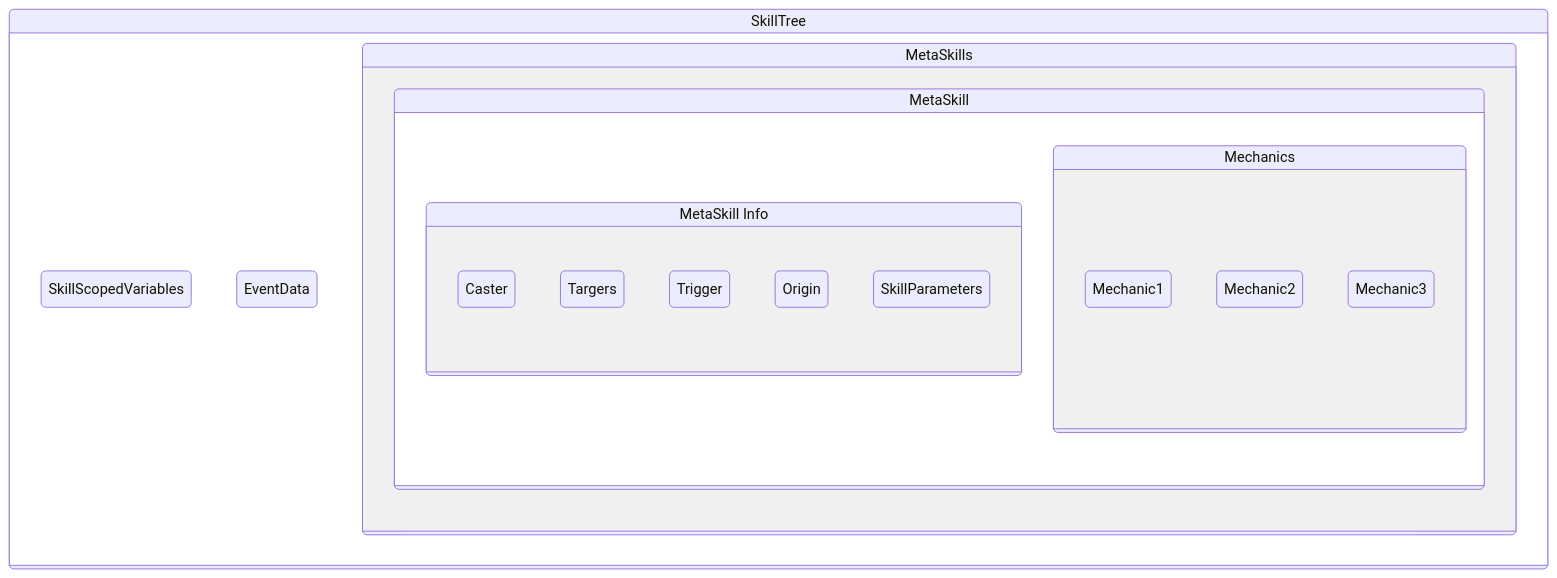
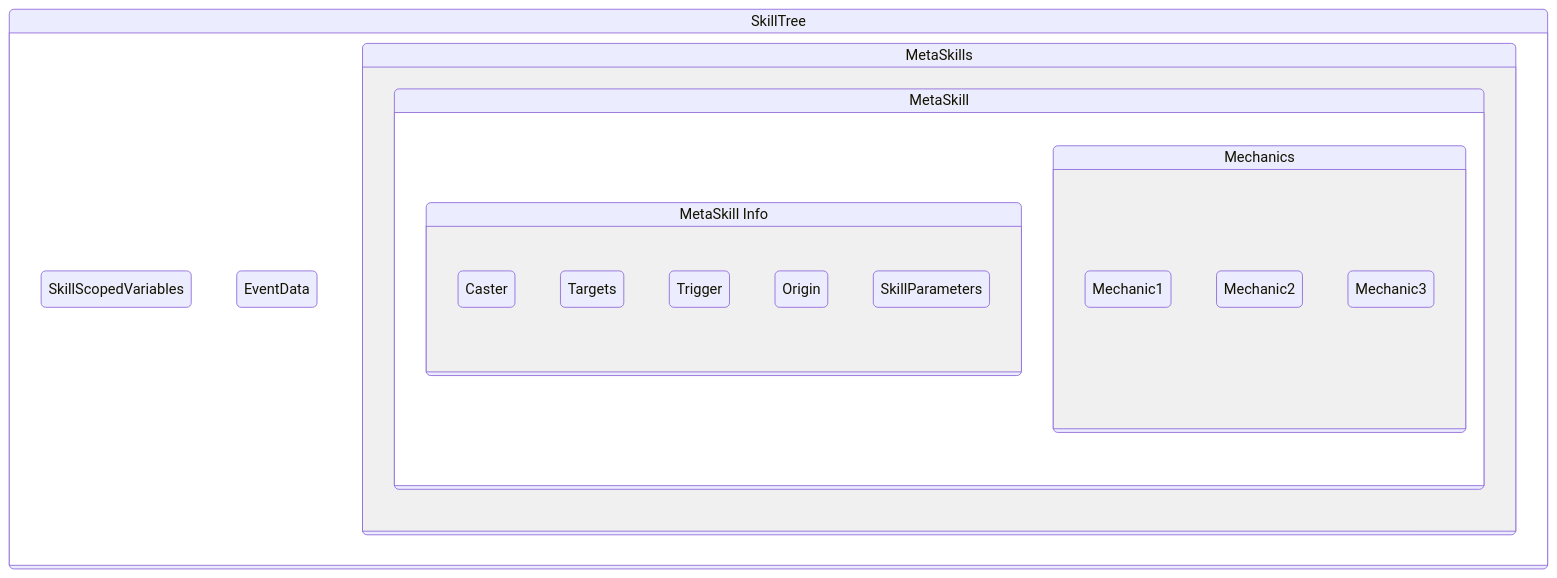
One commit to xiaoxianyu-office/mm changed the diagram in Skills/SkillTrees.md. Above: the diagram before and after it, drawn with Mermaid.

Commit message:
change targers to targets

````diff
--- a/Skills/SkillTrees.md
+++ b/Skills/SkillTrees.md
@@ -9,23 +9,23 @@
 ```mermaid
 stateDiagram-v2
     state SkillTree {
         SkillScopedVariables
         EventData
         state MetaSkills {
             state MetaSkill {
                 MetaSkillInfo: MetaSkill Info
                 state MetaSkillInfo {
                     Caster
-                    Targers
+                    Targets
                     Trigger
                     Origin
                     SkillParameters
                 }
                 state Mechanics {
                     Mechanic1 Mechanic2 Mechanic3
                 }
             }
             
         }
     }
 ```
````
